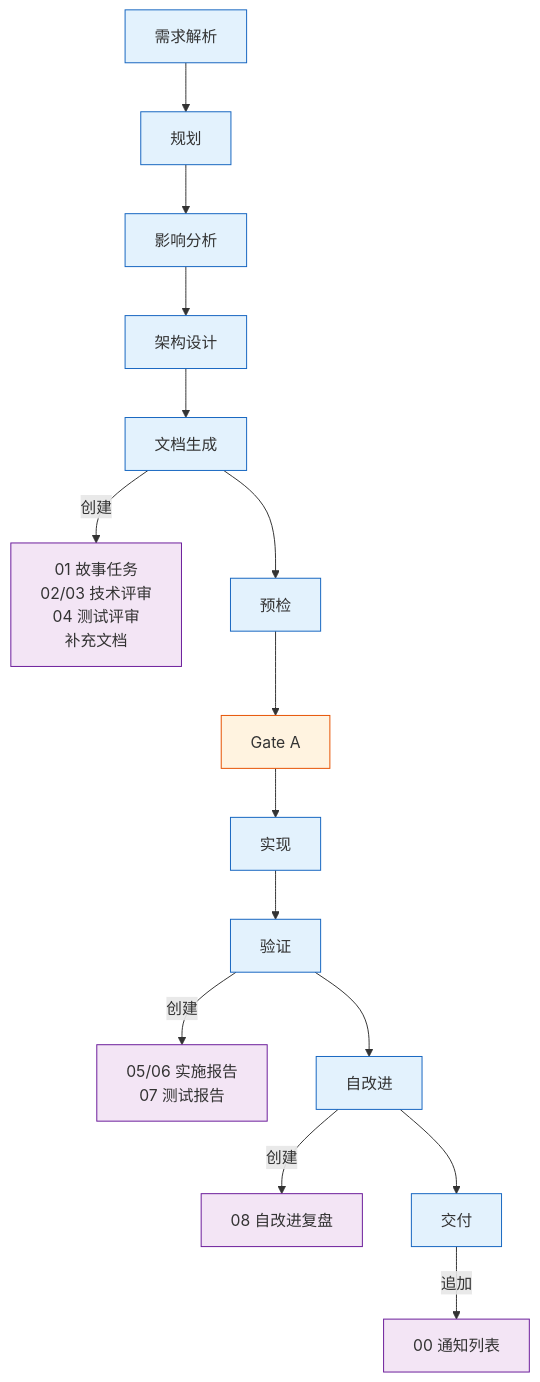
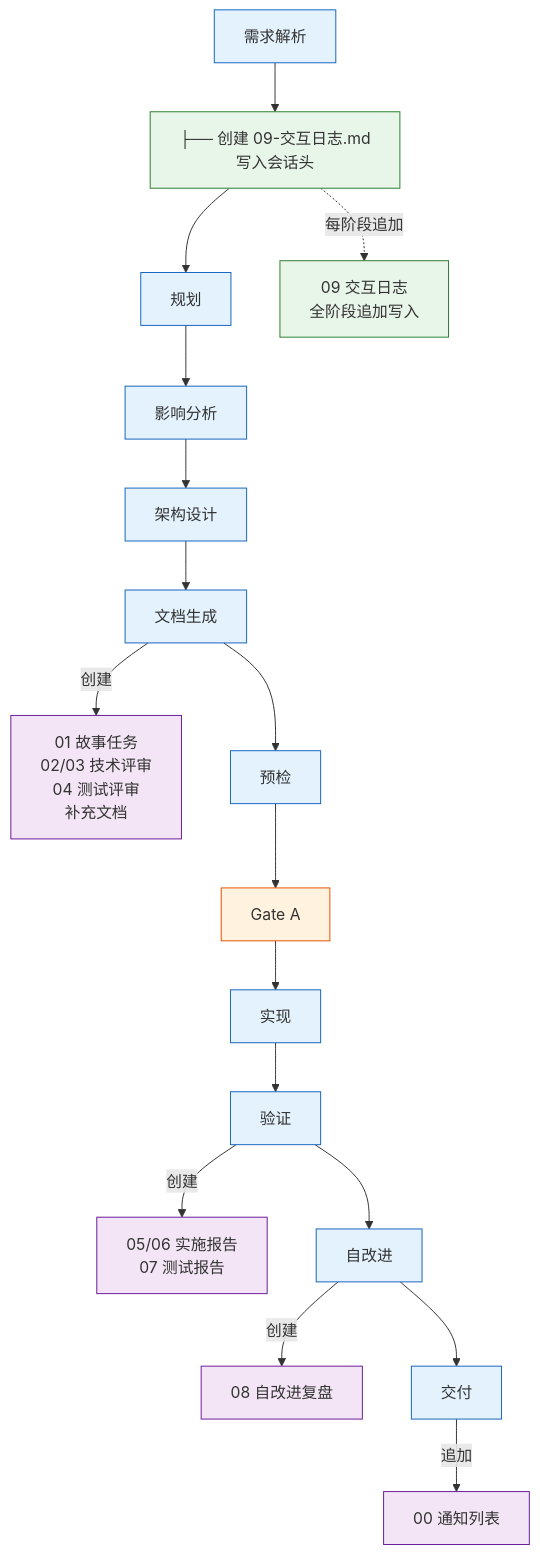
The second of 5 diagrams in skills/rui/coder.md (effiy/YrY), drawn with Mermaid before and after one commit. The commit also changed other lines of this file and 13 other files, not shown here.

````diff
--- a/skills/rui/coder.md
+++ b/skills/rui/coder.md
@@ -72,21 +74,24 @@
 ```mermaid
 flowchart TB
-    A["需求解析"]:::phase --> B["规划"]:::phase
+    A["需求解析"]:::phase --> A1["├── 创建 09-交互日志.md<br/>写入会话头"]:::log
+    A1 --> B["规划"]:::phase
     B --> C["影响分析"]:::phase
     C --> D["架构设计"]:::phase
     D --> E["文档生成"]:::phase
     E -->|"创建"| E1["01 故事任务<br/>02/03 技术评审<br/>04 测试评审<br/>补充文档"]:::create
     E --> F["预检"]:::phase
     F --> G["Gate A"]:::gate
     G --> H["实现"]:::phase
     H --> I["验证"]:::phase
     I -->|"创建"| I1["05/06 实施报告<br/>07 测试报告"]:::create
     I --> J["自改进"]:::phase
     J -->|"创建"| J1["08 自改进复盘"]:::create
     J --> K["交付"]:::phase
     K -->|"追加"| K1["00 通知列表"]:::create
+    A1 -.->|"每阶段追加"| A2["09 交互日志<br/>全阶段追加写入"]:::log
 
     classDef phase fill:#e3f2fd,stroke:#1565c0;
     classDef gate fill:#fff3e0,stroke:#e65100;
     classDef create fill:#f3e5f5,stroke:#6a1b9a;
+    classDef log fill:#e8f5e9,stroke:#2e7d32;
 ```
````
